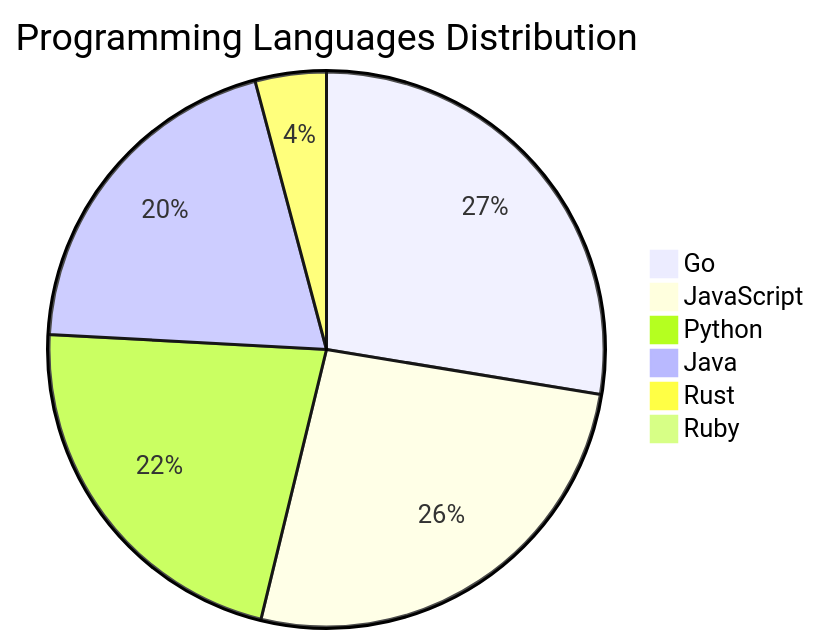
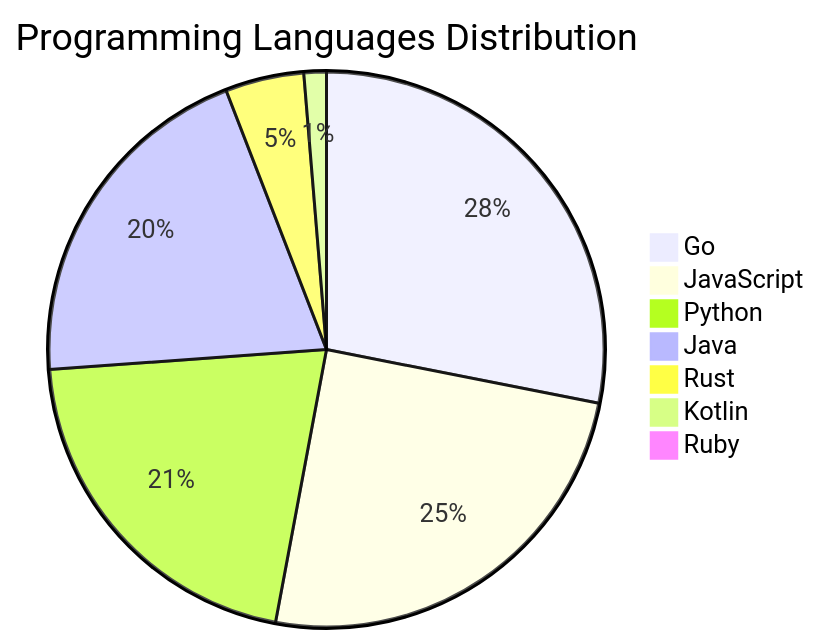
Before and after one commit to Derrick-MUGISHA/github-activity-bot: the diagram in README.md, drawn with Mermaid. The commit also changed other lines of this file and 4 other files, not shown here.

````diff
--- a/README.md
+++ b/README.md
@@ -205,9 +207,10 @@
 ```mermaid
 pie title Programming Languages Distribution
-    "Go" : 40
+    "Go" : 43
     "JavaScript" : 38
     "Python" : 32
-    "Java" : 29
-    "Rust" : 6
+    "Java" : 31
+    "Rust" : 7
+    "Kotlin" : 2
     "Ruby" : 1
 ```
````
